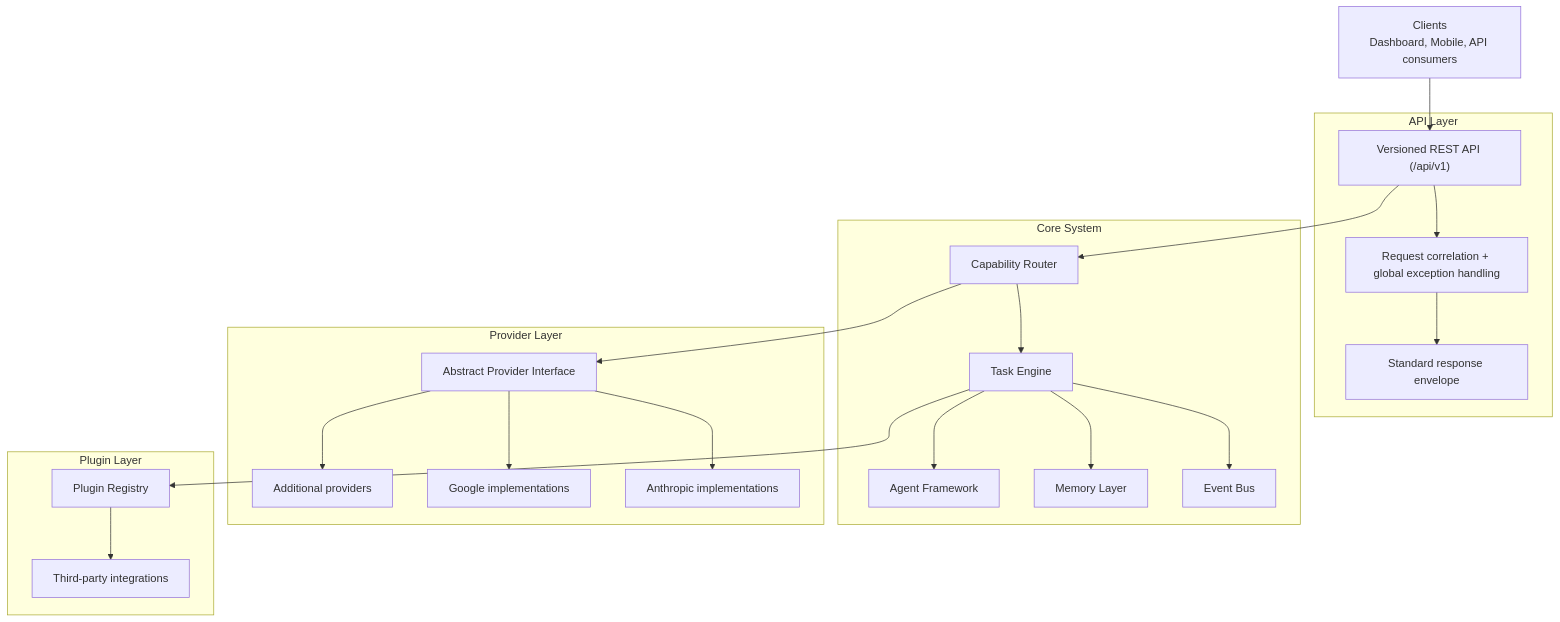
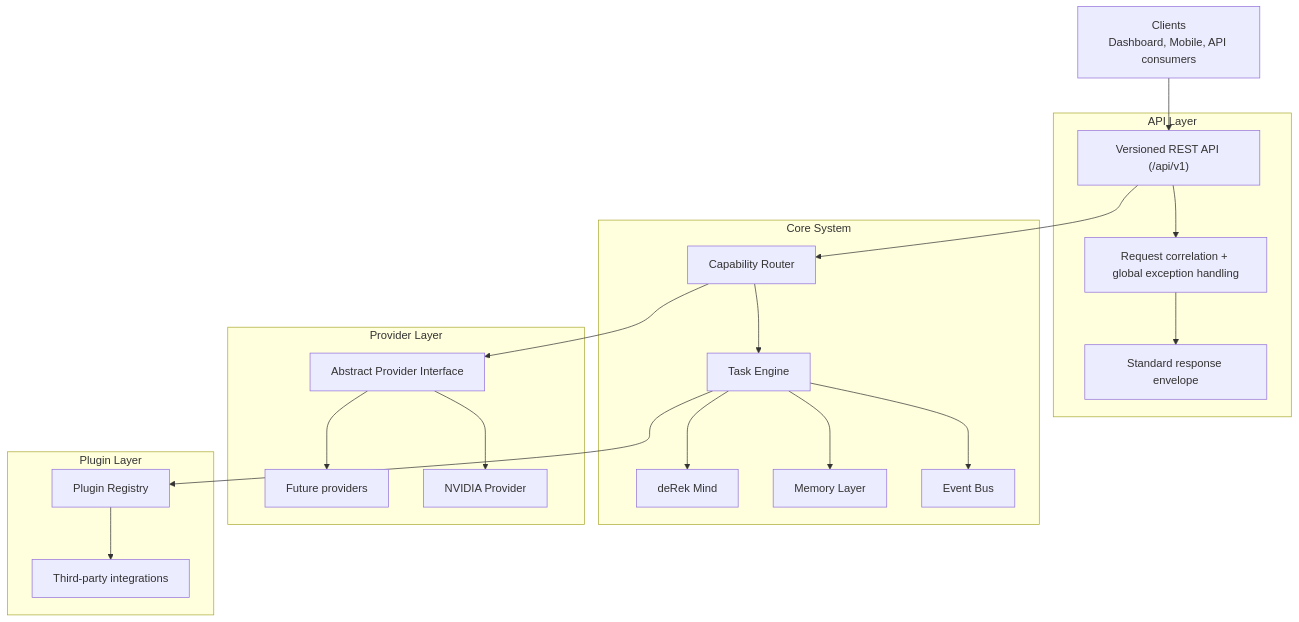
The first of 2 diagrams in docs/PROJECT_BIBLE.md (rg61590-afk/deRek-ai-os), drawn with Mermaid before and after one commit. The commit also changed other lines of this file and 29 other files, not shown here.

Commit message:
feat: complete Sprint 2 task engine and runtime modernization

````diff
--- a/docs/PROJECT_BIBLE.md
+++ b/docs/PROJECT_BIBLE.md
@@ -73,44 +74,42 @@
 ```mermaid
 flowchart TB
     Clients["Clients\nDashboard, Mobile, API consumers"]
 
     subgraph API["API Layer"]
         Router["Versioned REST API (/api/v1)"]
         MW["Request correlation + global exception handling"]
         Envelope["Standard response envelope"]
     end
 
     subgraph Core["Core System"]
         CapRouter["Capability Router"]
         TaskEngine["Task Engine"]
         EventBus["Event Bus"]
         Memory["Memory Layer"]
-        AgentFw["Agent Framework"]
+        deRekMind["deRek Mind"]
     end
 
     subgraph Providers["Provider Layer"]
         ProviderIface["Abstract Provider Interface"]
-        Anthropic["Anthropic implementations"]
-        Google["Google implementations"]
-        OtherProviders["Additional providers"]
+        NVIDIA["NVIDIA Provider"]
+        FutureProviders["Future providers"]
     end
 
     subgraph Plugins["Plugin Layer"]
         PluginRegistry["Plugin Registry"]
         Integrations["Third-party integrations"]
     end
 
     Clients --> Router
     Router --> MW --> Envelope
     Router --> CapRouter
     CapRouter --> TaskEngine
     TaskEngine --> EventBus
     TaskEngine --> Memory
-    TaskEngine --> AgentFw
+    TaskEngine --> deRekMind
     CapRouter --> ProviderIface
-    ProviderIface --> Anthropic
-    ProviderIface --> Google
-    ProviderIface --> OtherProviders
+    ProviderIface --> NVIDIA
+    ProviderIface --> FutureProviders
     TaskEngine --> PluginRegistry
     PluginRegistry --> Integrations
 ```
````
